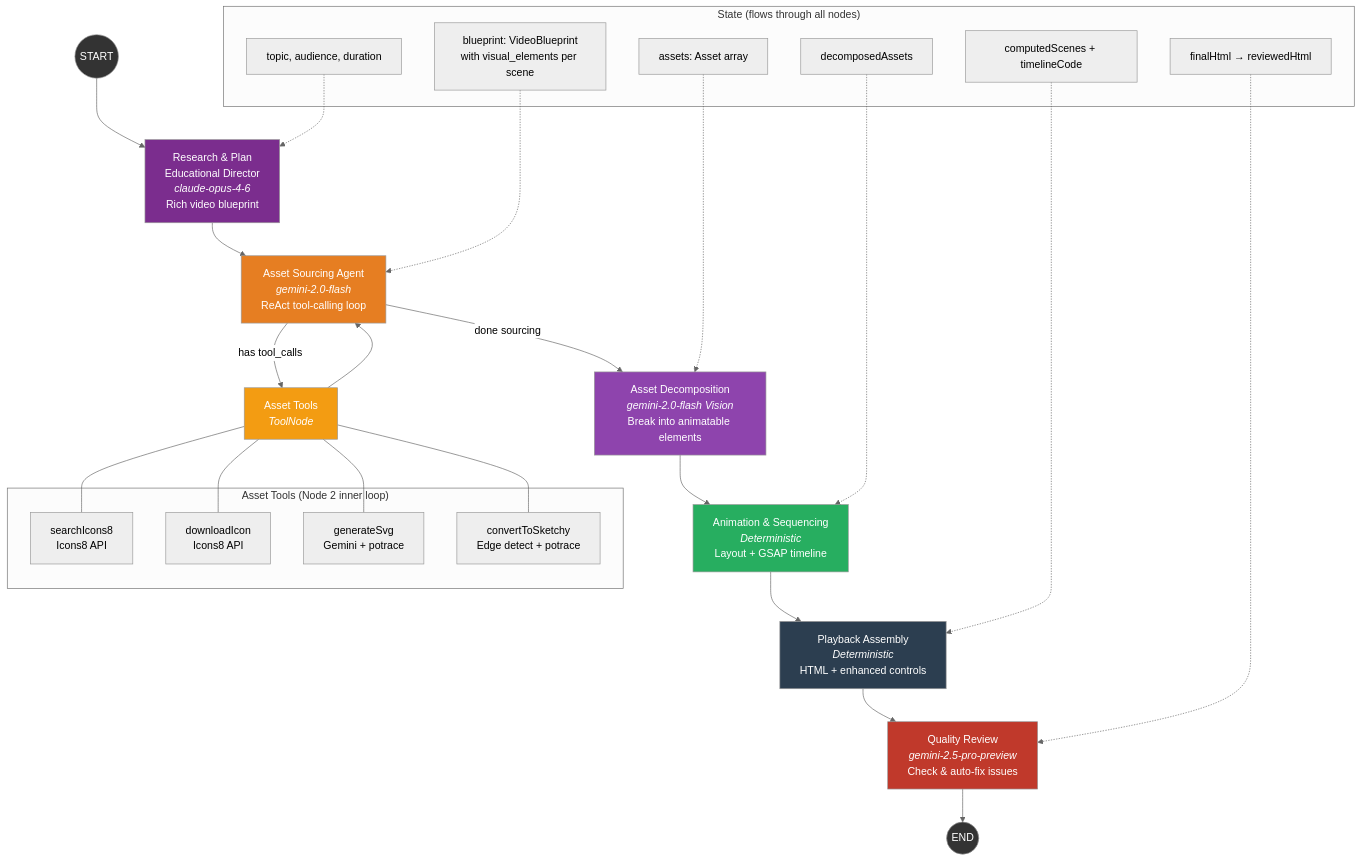
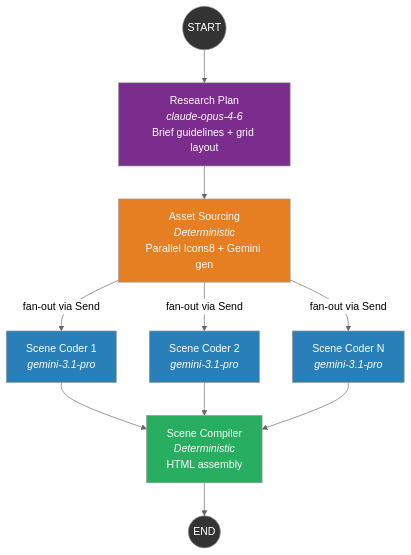
Before and after one commit to KalimAmzad/explainer-videos: the diagram in docs/langgraph-implementation-plan.md, drawn with Mermaid (neutral theme). The commit also changed other lines of this file and 18 other files, not shown here.

First line of the commit message:
feat: v3.3 pipeline — Claude Sonnet scene coder, primitive SVG, stroke draw-on

````diff
--- a/docs/langgraph-implementation-plan.md
+++ b/docs/langgraph-implementation-plan.md
@@ -23,57 +21,25 @@
 ```mermaid
 graph TD
-    START((START)) --> RP[Research & Plan<br/>Educational Director<br/><i>claude-opus-4-6</i><br/>Rich video blueprint]
+    START((START)) --> RP[Research Plan<br/><i>claude-opus-4-6</i><br/>Brief guidelines + grid layout]
 
-    RP --> AA[Asset Sourcing Agent<br/><i>gemini-2.0-flash</i><br/>ReAct tool-calling loop]
+    RP --> AS[Asset Sourcing<br/><i>Deterministic</i><br/>Parallel Icons8 + Gemini gen]
 
-    AA -->|has tool_calls| AT[Asset Tools<br/><i>ToolNode</i>]
-    AT --> AA
+    AS -->|fan-out via Send| SC1[Scene Coder 1<br/><i>gemini-3.1-pro</i>]
+    AS -->|fan-out via Send| SC2[Scene Coder 2<br/><i>gemini-3.1-pro</i>]
+    AS -->|fan-out via Send| SCN[Scene Coder N<br/><i>gemini-3.1-pro</i>]
 
-    AA -->|done sourcing| AD[Asset Decomposition<br/><i>gemini-2.0-flash Vision</i><br/>Break into animatable elements]
+    SC1 --> CM[Scene Compiler<br/><i>Deterministic</i><br/>HTML assembly]
+    SC2 --> CM
+    SCN --> CM
 
-    AD --> AN[Animation & Sequencing<br/><i>Deterministic</i><br/>Layout + GSAP timeline]
-
-    AN --> PB[Playback Assembly<br/><i>Deterministic</i><br/>HTML + enhanced controls]
-
-    PB --> QR[Quality Review<br/><i>gemini-2.5-pro-preview</i><br/>Check & auto-fix issues]
-
-    QR --> END((END))
-
-    subgraph "Asset Tools (Node 2 inner loop)"
-        T1[searchIcons8<br/>Icons8 API]
-        T2[downloadIcon<br/>Icons8 API]
-        T3[generateSvg<br/>Gemini + potrace]
-        T4[convertToSketchy<br/>Edge detect + potrace]
-    end
-
-    AT --- T1
-    AT --- T2
-    AT --- T3
-    AT --- T4
-
-    subgraph "State (flows through all nodes)"
-        S1[topic, audience, duration]
-        S2[blueprint: VideoBlueprint<br/>with visual_elements per scene]
-        S3[assets: Asset array]
-        S4[decomposedAssets]
-        S5[computedScenes + timelineCode]
-        S6[finalHtml → reviewedHtml]
-    end
-
-    S1 -.-> RP
-    S2 -.-> AA
-    S3 -.-> AD
-    S4 -.-> AN
-    S5 -.-> PB
-    S6 -.-> QR
+    CM --> END((END))
 
     style RP fill:#7B2D8E,color:#fff
-    style AA fill:#E67E22,color:#fff
-    style AT fill:#F39C12,color:#fff
-    style AD fill:#8E44AD,color:#fff
-    style AN fill:#27AE60,color:#fff
-    style PB fill:#2C3E50,color:#fff
-    style QR fill:#C0392B,color:#fff
+    style AS fill:#E67E22,color:#fff
+    style SC1 fill:#2980B9,color:#fff
+    style SC2 fill:#2980B9,color:#fff
+    style SCN fill:#2980B9,color:#fff
+    style CM fill:#27AE60,color:#fff
     style START fill:#333,color:#fff
     style END fill:#333,color:#fff
 ```
````
